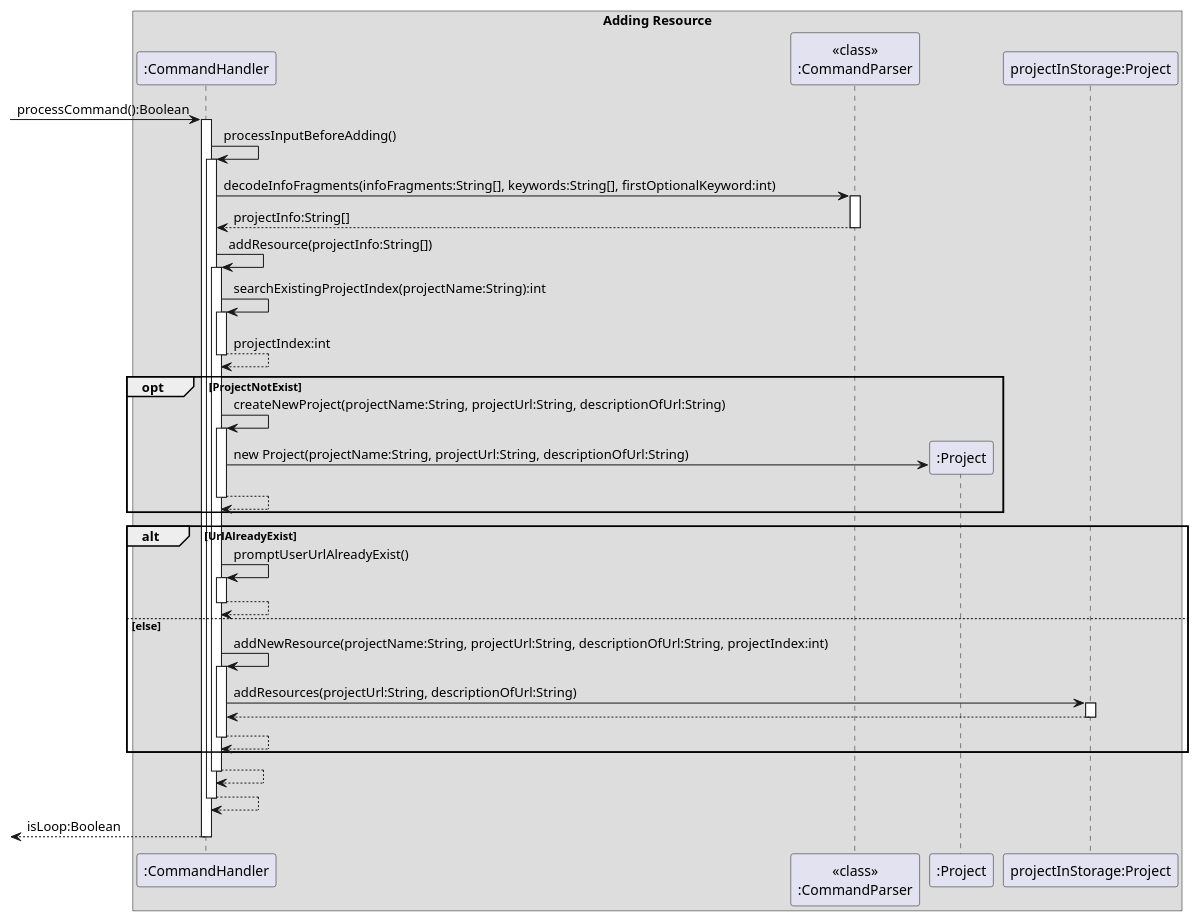
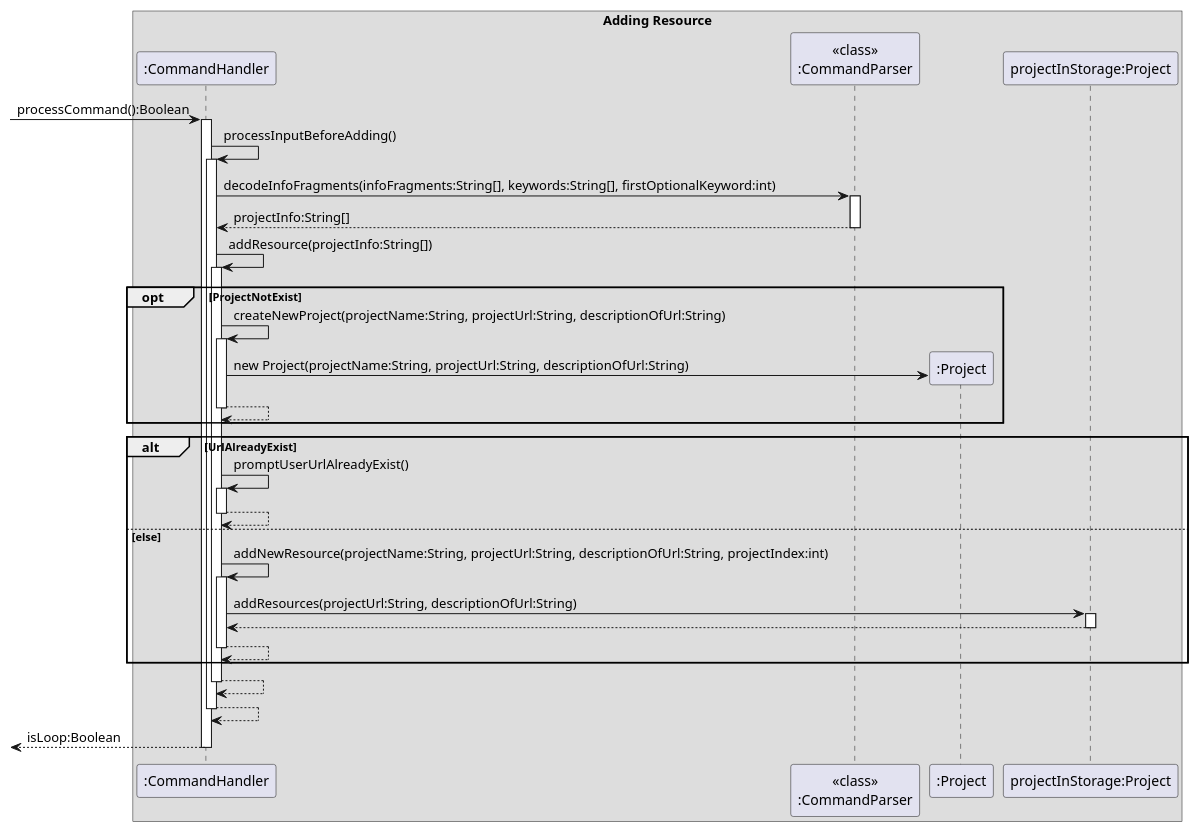
One commit to s-t-e-f/tp changed the diagram in docs/PlantUML/Add.puml. Above: the diagram before and after it, drawn with PlantUML. The commit also changed 1 other file, not shown here.

```diff
--- a/docs/PlantUML/Add.puml
+++ b/docs/PlantUML/Add.puml
@@ -1,51 +1,47 @@
 @startuml
 
 box Adding Resource
 participant ":CommandHandler" as CH
 participant "<<class>>\n:CommandParser" as CP
 participant ":Project" as P1
 participant "projectInStorage:Project" as P2
 
 [-> CH: processCommand():Boolean
 activate CH
 
 CH -> CH: processInputBeforeAdding()
 activate CH
 
 CH -> CP: decodeInfoFragments(infoFragments:String[], keywords:String[], firstOptionalKeyword:int)
 activate CP
 return projectInfo:String[]
 
 CH -> CH: addResource(projectInfo:String[])
 activate CH
-
-CH -> CH: searchExistingProjectIndex(projectName:String):int
-activate CH
-return projectIndex:int
 
 opt ProjectNotExist
     CH -> CH: createNewProject(projectName:String, projectUrl:String, descriptionOfUrl:String)
     activate CH
     create P1
     CH -> P1:new Project(projectName:String, projectUrl:String, descriptionOfUrl:String)
     return
 end
 
 alt UrlAlreadyExist
     CH -> CH: promptUserUrlAlreadyExist()
     activate CH
     return
 else else
     CH -> CH: addNewResource(projectName:String, projectUrl:String, descriptionOfUrl:String, projectIndex:int)
     activate CH
     CH -> P2: addResources(projectUrl:String, descriptionOfUrl:String)
     activate P2
     return
     return
 end
 
 return
 return
 return isLoop:Boolean
 
 @enduml
```
